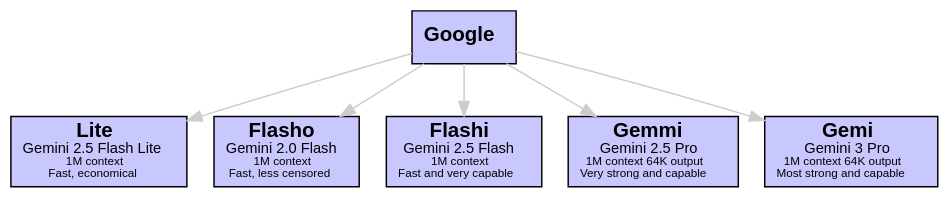
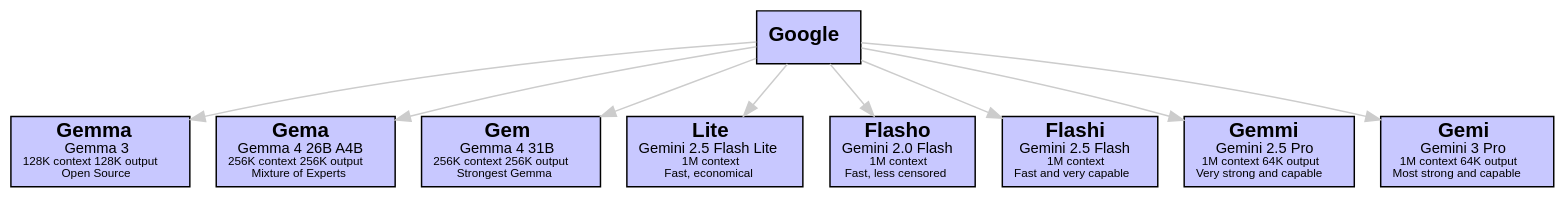
One commit to sswam/allemande changed the fourth of 15 diagrams in doc/guide.md. Above: the diagram before and after it, drawn with Graphviz. The commit also changed other lines of this file, not shown here.

````diff
--- a/doc/guide.md
+++ b/doc/guide.md
@@ -390,20 +391,26 @@
 ```dot
 digraph Google {
     graph [bgcolor=transparent]
     edge [color="#CCCCCC"]
     node [shape=box, style=filled, fillcolor="#C8C8FF", fontname="Helvetica"]
 
     "Google" [label=<<b>Google</b>>]
+    "Gemma" [label=<<b>Gemma</b><br/><font point-size="10">Gemma 3</font><br/><font point-size="8">128K context 128K output</font><br/><font point-size="8">Open Source</font>>]
+    "Gema" [label=<<b>Gema</b><br/><font point-size="10">Gemma 4 26B A4B</font><br/><font point-size="8">256K context 256K output</font><br/><font point-size="8">Mixture of Experts</font>>]
+    "Gem" [label=<<b>Gem</b><br/><font point-size="10">Gemma 4 31B</font><br/><font point-size="8">256K context 256K output</font><br/><font point-size="8">Strongest Gemma</font>>]
     "Lite" [label=<<b>Lite</b><br/><font point-size="10">Gemini 2.5 Flash Lite</font><br/><font point-size="8">1M context</font><br/><font point-size="8">Fast, economical</font>>]
     "Flasho" [label=<<b>Flasho</b><br/><font point-size="10">Gemini 2.0 Flash</font><br/><font point-size="8">1M context</font><br/><font point-size="8">Fast, less censored</font>>]
     "Flashi" [label=<<b>Flashi</b><br/><font point-size="10">Gemini 2.5 Flash</font><br/><font point-size="8">1M context</font><br/><font point-size="8">Fast and very capable</font>>]
     "Gemmi" [label=<<b>Gemmi</b><br/><font point-size="10">Gemini 2.5 Pro</font><br/><font point-size="8">1M context 64K output</font><br/><font point-size="8">Very strong and capable</font>>]
     "Gemi" [label=<<b>Gemi</b><br/><font point-size="10">Gemini 3 Pro</font><br/><font point-size="8">1M context 64K output</font><br/><font point-size="8">Most strong and capable</font>>]
 
+    "Google" -> "Gemma"
+    "Google" -> "Gema"
+    "Google" -> "Gem"
     "Google" -> "Lite"
     "Google" -> "Flasho"
     "Google" -> "Flashi"
     "Google" -> "Gemmi"
     "Google" -> "Gemi"
 }
 ```
````
